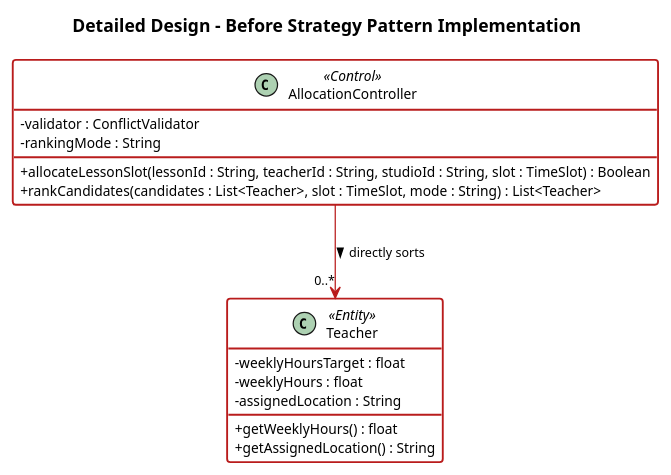
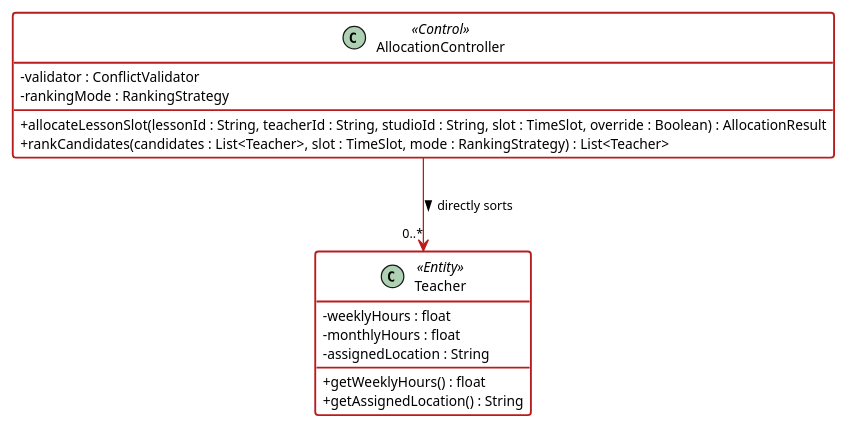
Before and after one commit to adoreblvnk/2001temp: the diagram in report/assets/m2/pattern_before_excerpt.puml, drawn with PlantUML. The commit also changed 31 other files, not shown here.

Commit message:
fix: inadequate class diagram

```diff
--- a/report/assets/m2/pattern_before_excerpt.puml
+++ b/report/assets/m2/pattern_before_excerpt.puml
@@ -1,35 +1,32 @@
 @startuml pattern_before_excerpt
 skinparam classAttributeIconSize 0
 skinparam shadowing false
 skinparam defaultFontName "Helvetica", "Arial", sans-serif
 skinparam defaultFontSize 11
 skinparam class {
     BackgroundColor #FFFFFF
     BorderColor #B91C1C
     BorderThickness 1.5
 }
 skinparam arrow {
     Color #B91C1C
     FontSize 10
 }
 
-title Detailed Design - Before Strategy Pattern Implementation
-
 class AllocationController <<Control>> {
     - validator : ConflictValidator
-    - rankingMode : String
-    + allocateLessonSlot(lessonId : String, teacherId : String, studioId : String, slot : TimeSlot) : Boolean
-    + rankCandidates(candidates : List<Teacher>, slot : TimeSlot, mode : String) : List<Teacher>
+    - rankingMode : RankingStrategy
+    + allocateLessonSlot(lessonId : String, teacherId : String, studioId : String, slot : TimeSlot, override : Boolean) : AllocationResult
+    + rankCandidates(candidates : List<Teacher>, slot : TimeSlot, mode : RankingStrategy) : List<Teacher>
 }
 
 class Teacher <<Entity>> {
-    - weeklyHoursTarget : float
     - weeklyHours : float
+    - monthlyHours : float
     - assignedLocation : String
     + getWeeklyHours() : float
     + getAssignedLocation() : String
 }
-
 AllocationController --> "0..*" Teacher : directly sorts >
 
 @enduml
```
